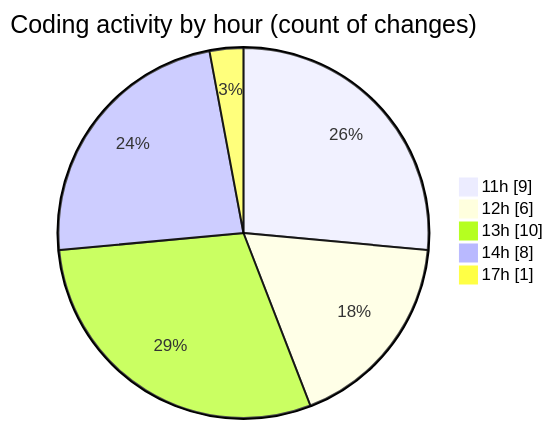
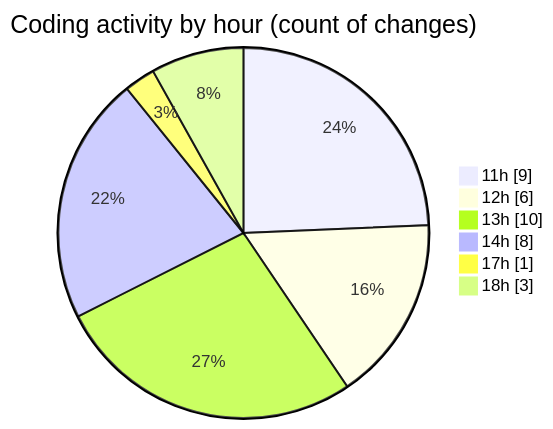
Before and after one commit to BS-eng2023/code-tracking: the second of 2 diagrams in 2025-05-08/recipe-app/README.md, drawn with Mermaid. The commit also changed other lines of this file and 1 other file, not shown here.

````diff
--- a/2025-05-08/recipe-app/README.md
+++ b/2025-05-08/recipe-app/README.md
@@ -34,9 +34,10 @@
 ```mermaid
 pie showData
 title Coding activity by hour (count of changes)
 "11h" : 9
 "12h" : 6
 "13h" : 10
 "14h" : 8
 "17h" : 1
+"18h" : 3
 ```
````
